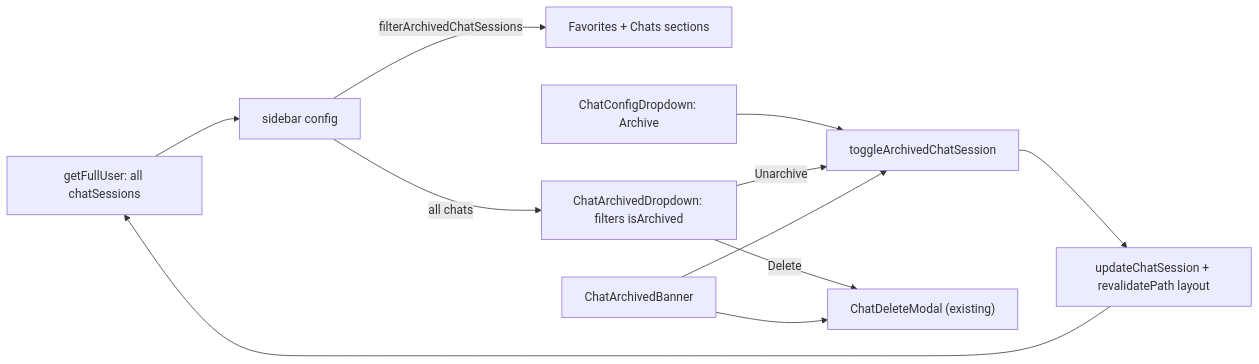
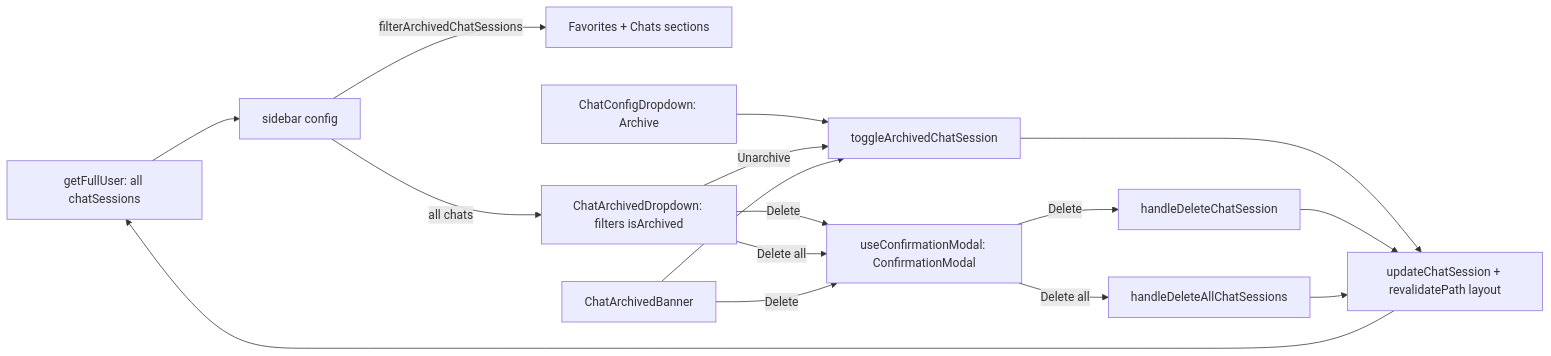
Before and after one commit to brandon-cercedo/root-next-template: the diagram in docs/plans/rnt-87-archive-chats.md, drawn with Mermaid. The commit also changed other lines of this file and 32 other files, not shown here.

````diff
--- a/docs/plans/rnt-87-archive-chats.md
+++ b/docs/plans/rnt-87-archive-chats.md
@@ -73,13 +80,18 @@
 ```mermaid
 flowchart LR
   FullUser["getFullUser: all chatSessions"] --> SidebarConfig["sidebar config"]
   SidebarConfig -->|filterArchivedChatSessions| ChatsSections["Favorites + Chats sections"]
   SidebarConfig -->|"all chats"| ArchivedDropdown["ChatArchivedDropdown: filters isArchived"]
   ConfigDropdown["ChatConfigDropdown: Archive"] --> ToggleAction["toggleArchivedChatSession"]
   ArchivedDropdown -->|Unarchive| ToggleAction
-  ArchivedDropdown -->|Delete| DeleteModal["ChatDeleteModal (existing)"]
+  ArchivedDropdown -->|Delete| Confirm["useConfirmationModal: ConfirmationModal"]
+  ArchivedDropdown -->|Delete all| Confirm
   Banner["ChatArchivedBanner"] --> ToggleAction
-  Banner --> DeleteModal
+  Banner -->|Delete| Confirm
+  Confirm -->|Delete| DeleteAction["handleDeleteChatSession"]
+  Confirm -->|Delete all| DeleteAllAction["handleDeleteAllChatSessions"]
   ToggleAction --> Revalidate["updateChatSession + revalidatePath layout"]
+  DeleteAction --> Revalidate
+  DeleteAllAction --> Revalidate
   Revalidate --> FullUser
 ```
````
